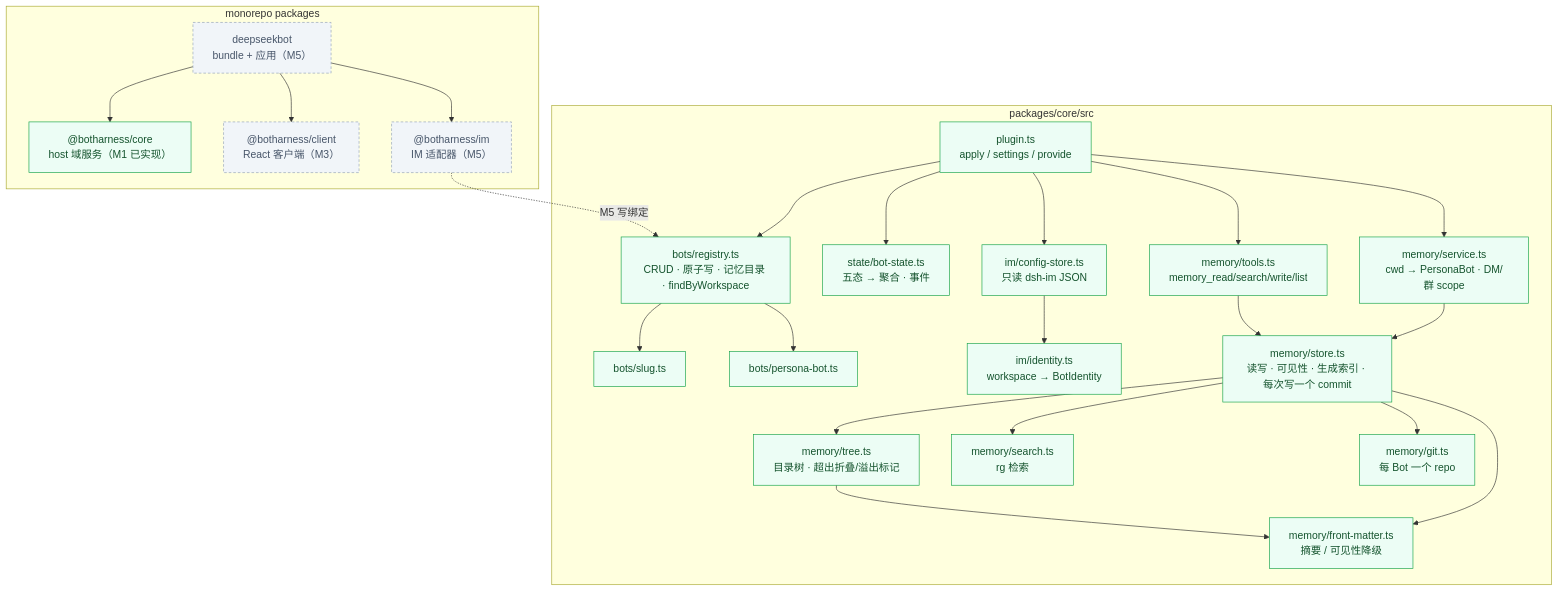
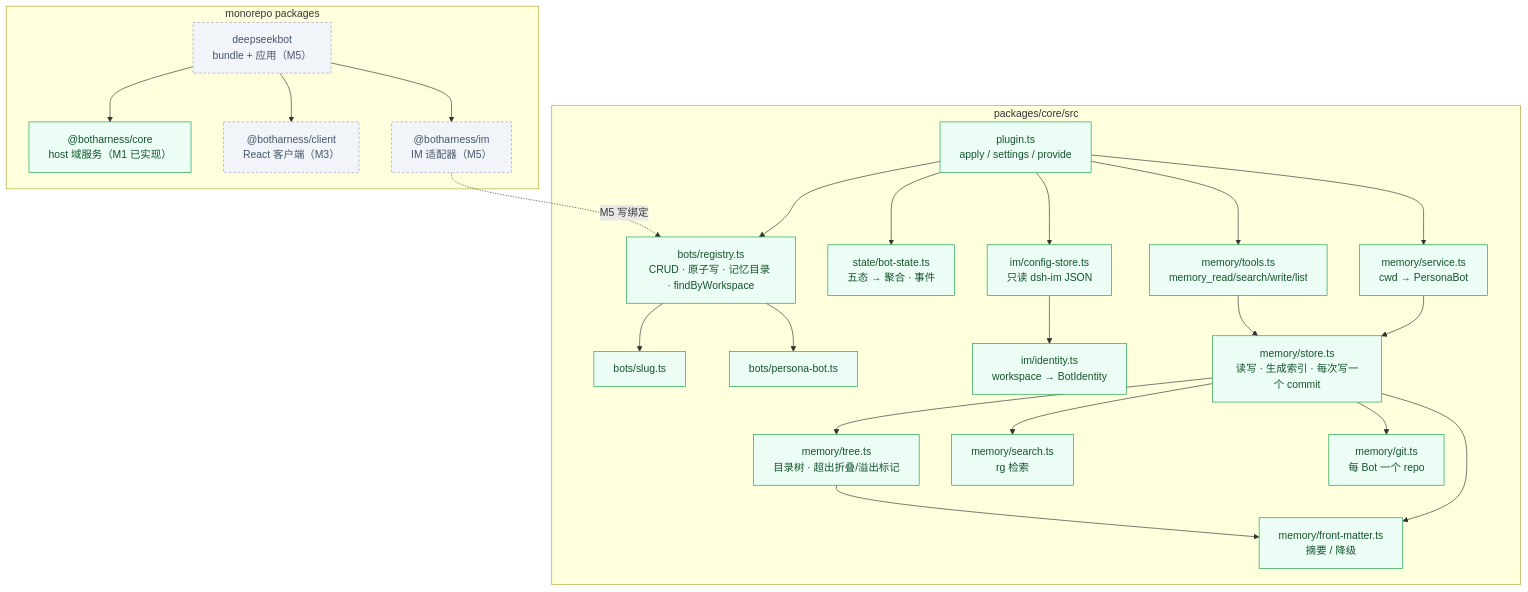
One commit to BotHarness/BotHarness changed the second of 6 diagrams in docs/architecture/botharness-architecture.md. Above: the diagram before and after it, drawn with Mermaid. The commit also changed other lines of this file and 44 other files, not shown here.

First line of the commit message:
refactor(core): drop memory visibility and scope — sharing is an export-time decision

````diff
--- a/docs/architecture/botharness-architecture.md
+++ b/docs/architecture/botharness-architecture.md
@@ -42,52 +42,52 @@
 ```mermaid
 flowchart TB
   subgraph pkgs["monorepo packages"]
     Bundle["deepseekbot<br/>bundle + 应用（M5）"]
     CorePkg["@botharness/core<br/>host 域服务（M1 已实现）"]
     ClientPkg["@botharness/client<br/>React 客户端（M3）"]
     ImPkg["@botharness/im<br/>IM 适配器（M5）"]
   end
 
   Bundle --> CorePkg
   Bundle --> ClientPkg
   Bundle --> ImPkg
 
   subgraph core["packages/core/src"]
     Plugin["plugin.ts<br/>apply / settings / provide"]
     Registry["bots/registry.ts<br/>CRUD · 原子写 · 记忆目录 · findByWorkspace"]
     Slug["bots/slug.ts"]
     Record["bots/persona-bot.ts"]
     State["state/bot-state.ts<br/>五态 → 聚合 · 事件"]
     Store["im/config-store.ts<br/>只读 dsh-im JSON"]
     Identity["im/identity.ts<br/>workspace → BotIdentity"]
-    MemoryService["memory/service.ts<br/>cwd → PersonaBot · DM/群 scope"]
+    MemoryService["memory/service.ts<br/>cwd → PersonaBot"]
     MemoryTools["memory/tools.ts<br/>memory_read/search/write/list"]
-    MemoryStore["memory/store.ts<br/>读写 · 可见性 · 生成索引 · 每次写一个 commit"]
+    MemoryStore["memory/store.ts<br/>读写 · 生成索引 · 每次写一个 commit"]
     MemoryTree["memory/tree.ts<br/>目录树 · 超出折叠/溢出标记"]
     MemorySearch["memory/search.ts<br/>rg 检索"]
     MemoryGit["memory/git.ts<br/>每 Bot 一个 repo"]
-    FrontMatter["memory/front-matter.ts<br/>摘要 / 可见性降级"]
+    FrontMatter["memory/front-matter.ts<br/>摘要 / 降级"]
   end
 
   Plugin --> Registry
   Plugin --> State
   Plugin --> Store
   Plugin --> MemoryService
   Plugin --> MemoryTools
   Registry --> Slug
   Registry --> Record
   Store --> Identity
   MemoryService --> MemoryStore
   MemoryTools --> MemoryStore
   MemoryStore --> MemoryTree
   MemoryStore --> MemorySearch
   MemoryStore --> MemoryGit
   MemoryStore --> FrontMatter
   MemoryTree --> FrontMatter
   ImPkg -.->|"M5 写绑定"| Registry
 
   classDef ours fill:#ecfdf5,stroke:#16a34a,color:#14532d;
   classDef later fill:#f1f5f9,stroke:#94a3b8,color:#475569,stroke-dasharray:4 3;
   class CorePkg,Plugin,Registry,Slug,Record,State,Store,Identity,MemoryService,MemoryTools,MemoryStore,MemoryTree,MemorySearch,MemoryGit,FrontMatter ours;
   class Bundle,ClientPkg,ImPkg later;
 ```
````
